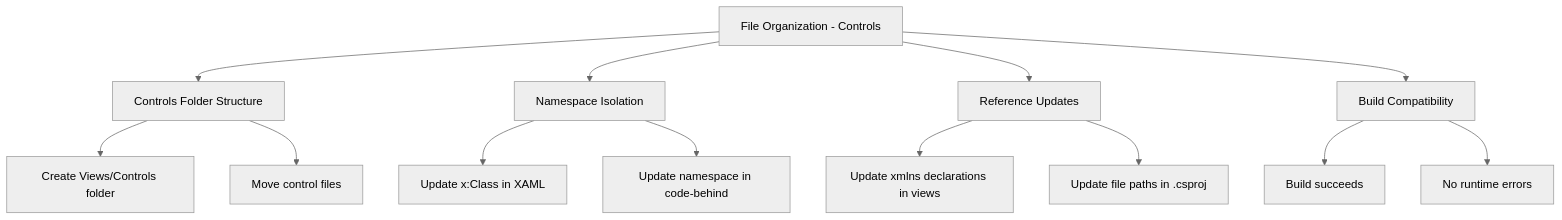
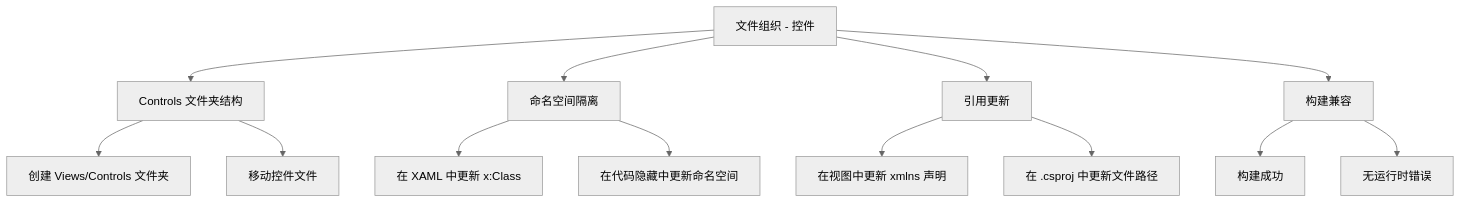
One commit to feewillowherb/MaterialClient changed the diagram in openspec/specs/file-organization-controls/spec.md. Above: the diagram before and after it, drawn with Mermaid (neutral theme). The commit also changed other lines of this file and 100 other files, not shown here.

````diff
--- a/openspec/specs/file-organization-controls/spec.md
+++ b/openspec/specs/file-organization-controls/spec.md
@@ -70,19 +75,19 @@
 ```mermaid
 graph TD
-    A[File Organization - Controls] --> B[Controls Folder Structure]
-    A --> C[Namespace Isolation]
-    A --> D[Reference Updates]
-    A --> E[Build Compatibility]
+    A[文件组织 - 控件] --> B[Controls 文件夹结构]
+    A --> C[命名空间隔离]
+    A --> D[引用更新]
+    A --> E[构建兼容]
 
-    B --> B1[Create Views/Controls folder]
-    B --> B2[Move control files]
+    B --> B1[创建 Views/Controls 文件夹]
+    B --> B2[移动控件文件]
 
-    C --> C1[Update x:Class in XAML]
-    C --> C2[Update namespace in code-behind]
+    C --> C1[在 XAML 中更新 x:Class]
+    C --> C2[在代码隐藏中更新命名空间]
 
-    D --> D1[Update xmlns declarations in views]
-    D --> D2[Update file paths in .csproj]
+    D --> D1[在视图中更新 xmlns 声明]
+    D --> D2[在 .csproj 中更新文件路径]
 
-    E --> E1[Build succeeds]
-    E --> E2[No runtime errors]
+    E --> E1[构建成功]
+    E --> E2[无运行时错误]
 ```
````
